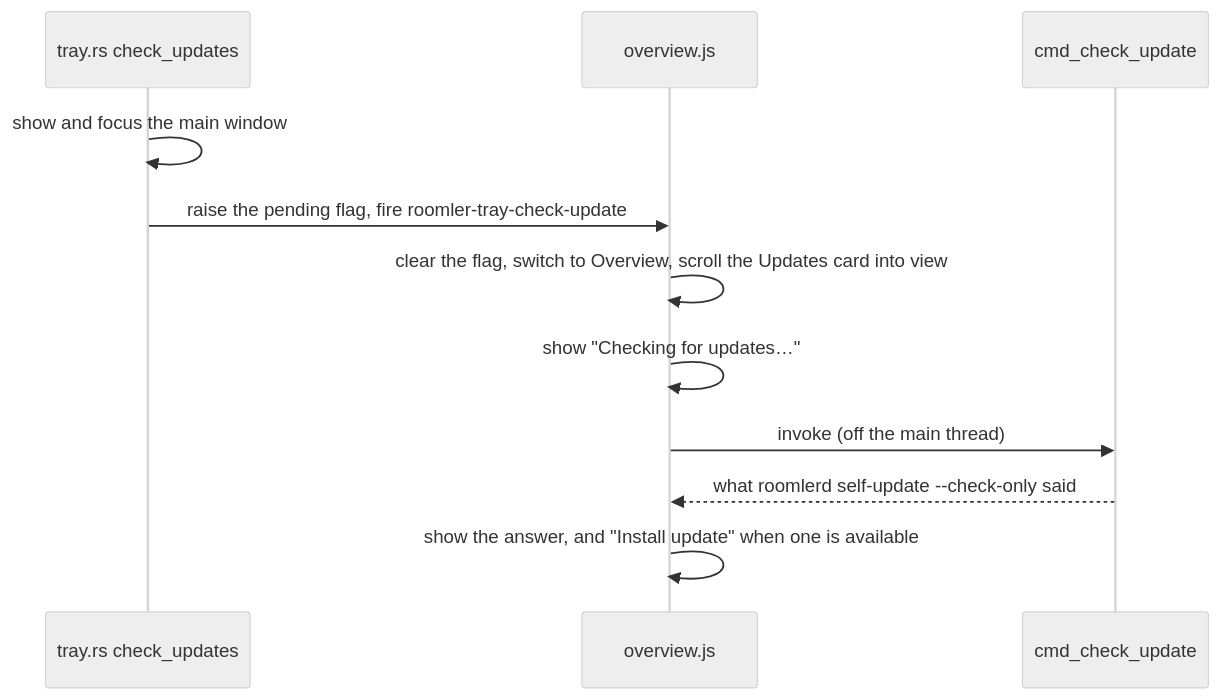
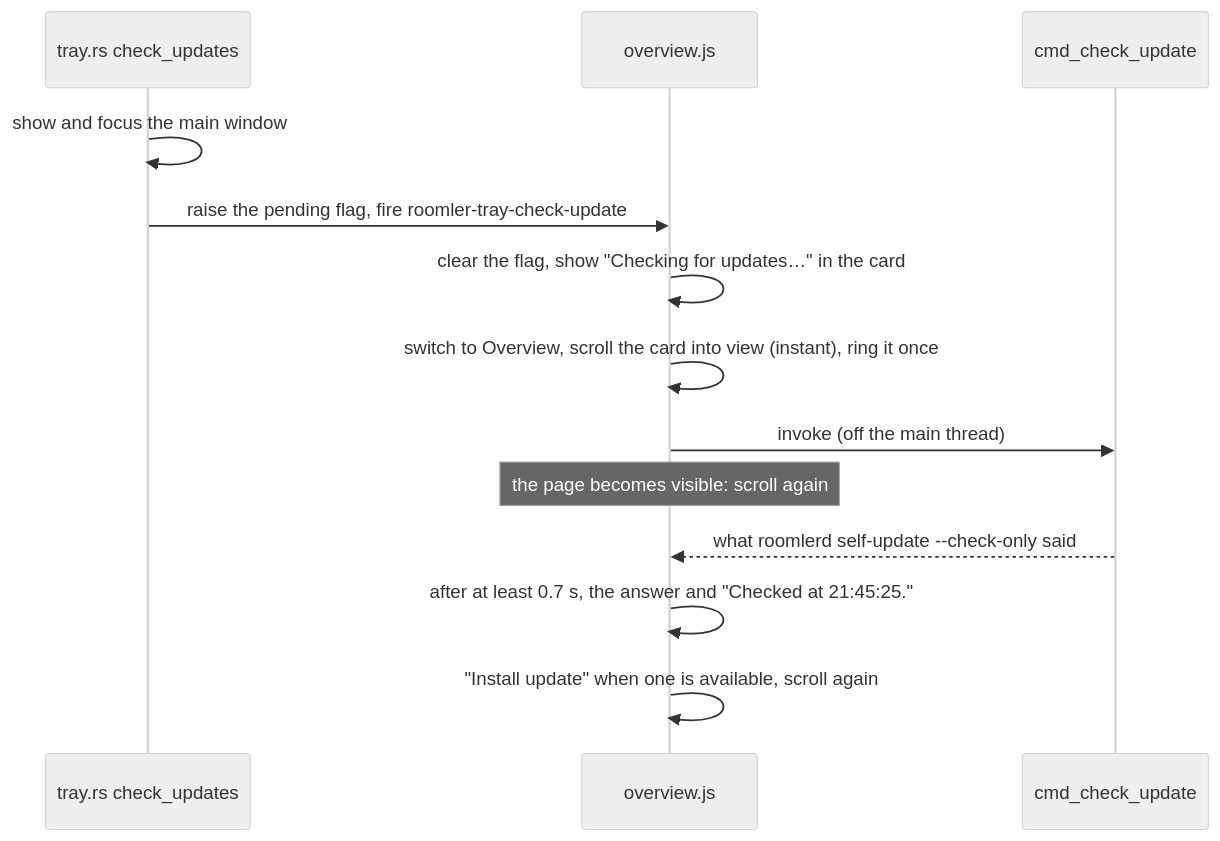
Diagram 13 of 15 in docs/desktop-companion.md (gjovanov/roomler-ai), drawn with Mermaid (neutral theme) before and after one commit. The commit also changed other lines of this file and 3 other files, not shown here.

````diff
--- a/docs/desktop-companion.md
+++ b/docs/desktop-companion.md
@@ -875,13 +875,15 @@
 ```mermaid
 sequenceDiagram
     participant T as tray.rs check_updates
     participant P as overview.js
     participant C as cmd_check_update
     T->>T: show and focus the main window
     T->>P: raise the pending flag, fire roomler-tray-check-update
-    P->>P: clear the flag, switch to Overview, scroll the Updates card into view
-    P->>P: show "Checking for updates…"
+    P->>P: clear the flag, show "Checking for updates…" in the card
+    P->>P: switch to Overview, scroll the card into view (instant), ring it once
     P->>C: invoke (off the main thread)
+    Note over P: the page becomes visible: scroll again
     C-->>P: what roomlerd self-update --check-only said
-    P->>P: show the answer, and "Install update" when one is available
+    P->>P: after at least 0.7 s, the answer and "Checked at 21:45:25."
+    P->>P: "Install update" when one is available, scroll again
 ```
````
